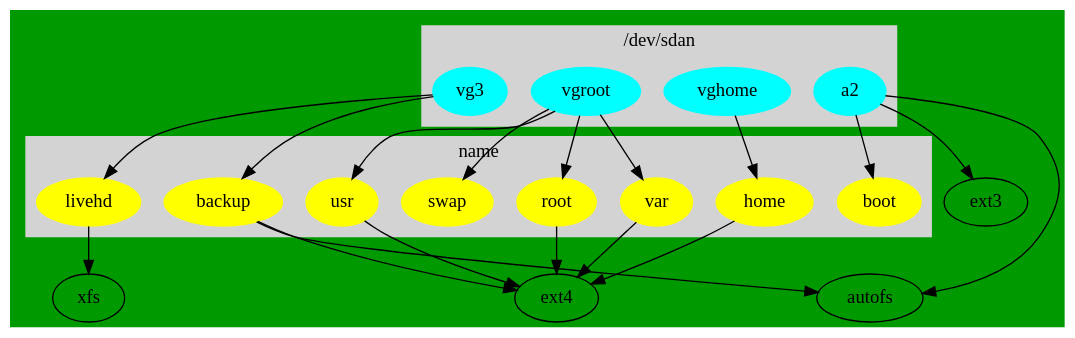
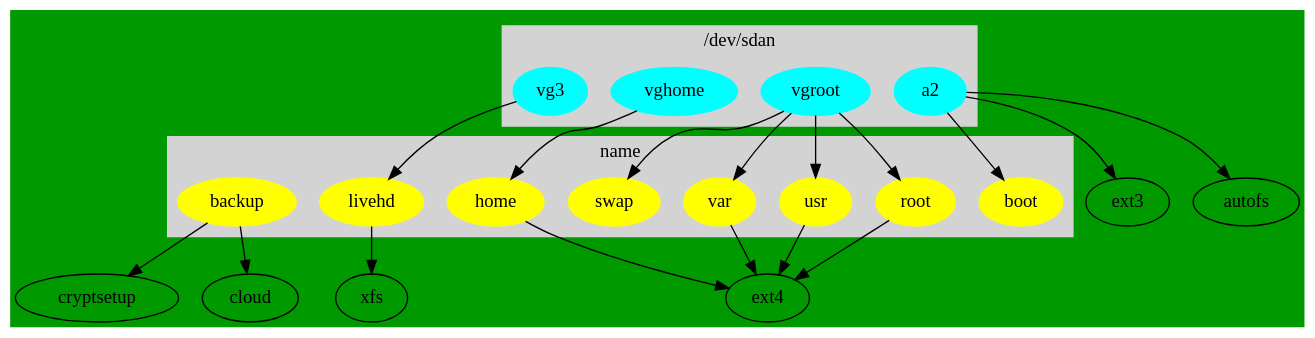
Before and after one commit to cdede/dotfiles: the diagram in dot/.config/dupl/parted.dot, drawn with Graphviz.

Commit message:
backup use c+c

```diff
--- a/dot/.config/dupl/parted.dot
+++ b/dot/.config/dupl/parted.dot
@@ -1,48 +1,47 @@
 // dot -Tpng  parted.dot -o line1.png
 digraph G {
   bgcolor ="#009900";
 
 	subgraph cluster_0 {
 		style=filled;
 		color=lightgrey;
 		node [style=filled,color=cyan];
 		a2 ;
                 vgroot;
                 vghome;
                 vg3;
 		label = "/dev/sdan";
 	}
 
 	subgraph cluster_2 {
 		style=filled;
 		color=lightgrey;
 		node [style=filled,color=yellow];
 		boot;
 		backup;
                 livehd;
 		root ;
                 usr;
                 var;
 		swap;
 		home;
 		label = "name";
 	}
 
 	a2 -> boot;
 	a2 -> ext3;
 	a2 -> autofs;
         vgroot -> swap ;
         vgroot -> root ;
         root -> ext4;
         vgroot -> usr ;
         usr ->ext4;
         vgroot -> var ;
         var ->ext4;
         vghome -> home;
 	home -> ext4;
-        vg3 ->backup;
         vg3 ->livehd;
         livehd ->xfs;
-        backup -> ext4;
-        backup -> autofs;
+        backup -> cryptsetup;
+        backup -> cloud;
 }
```
